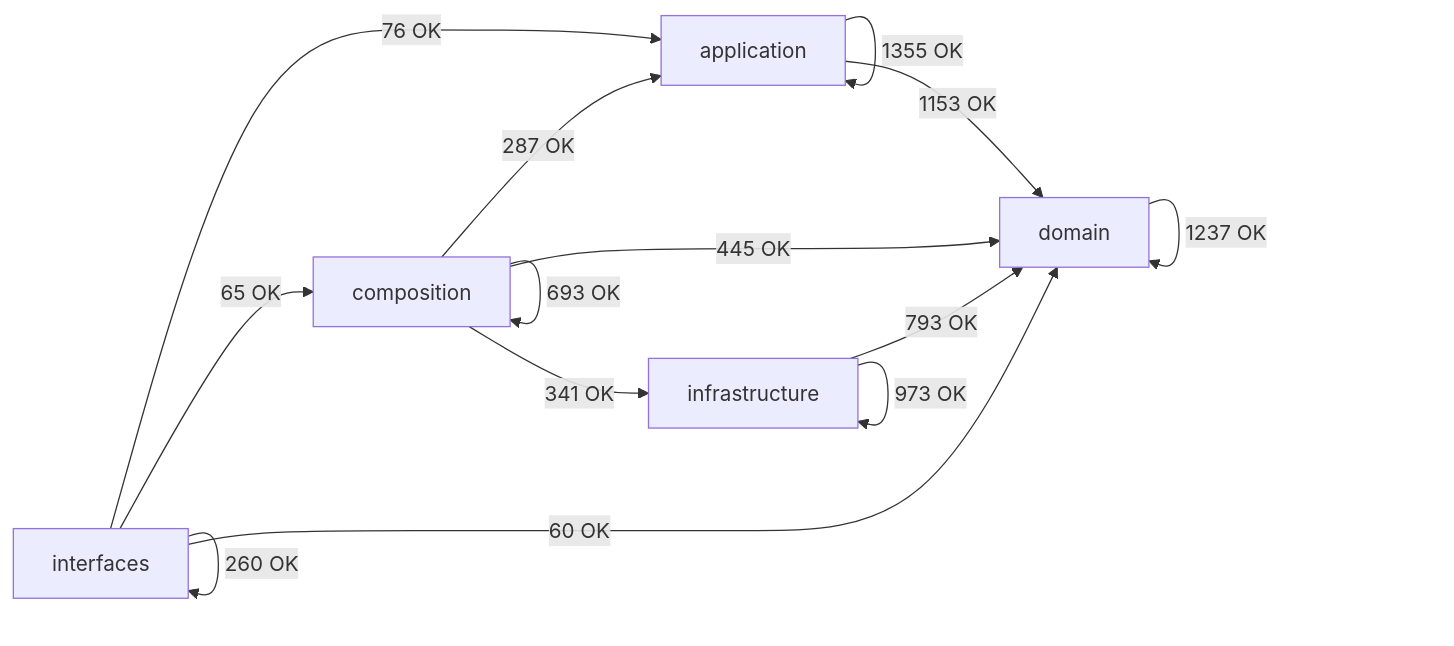
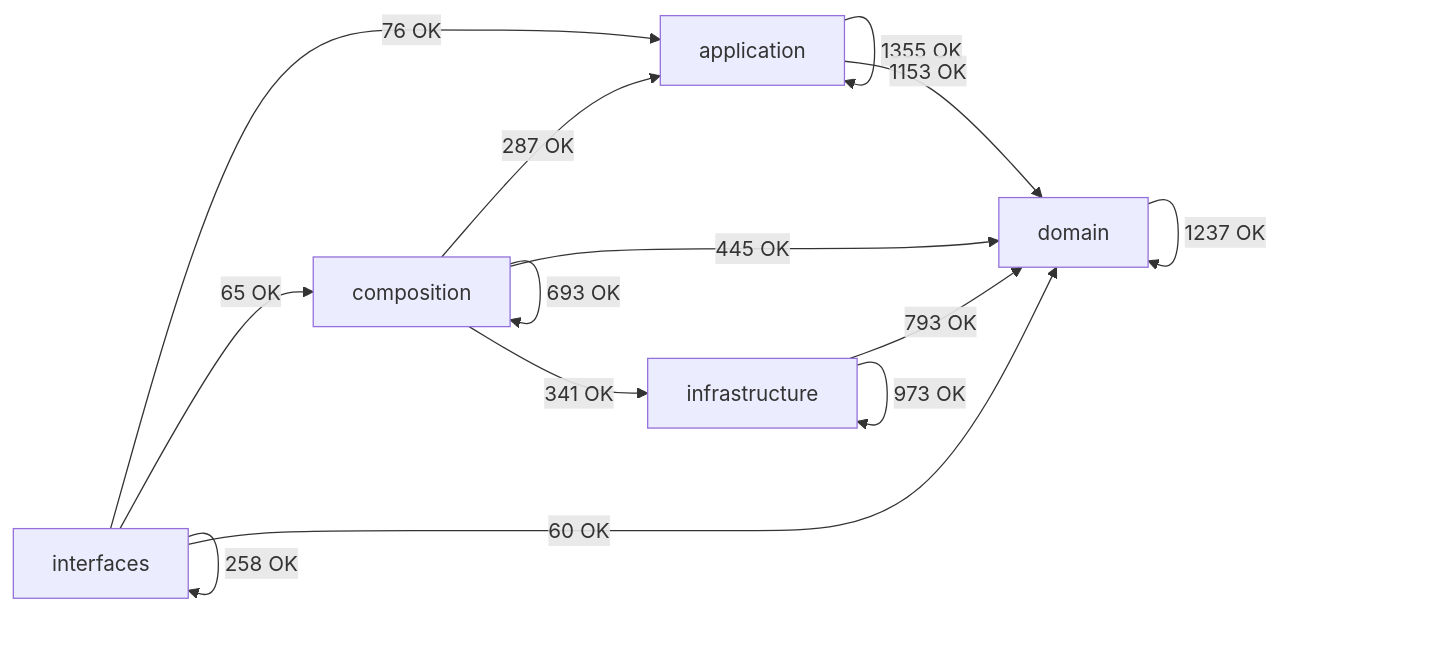
The diagram in docs/02-architecture/generated/module-dependency-map.md (SatoryKono/BioactivityDataAcquisition), drawn with Mermaid before and after one commit. The commit also changed other lines of this file and 2 other files, not shown here.

````diff
--- a/docs/02-architecture/generated/module-dependency-map.md
+++ b/docs/02-architecture/generated/module-dependency-map.md
@@ -17,21 +17,21 @@
 ```mermaid
 flowchart LR
     domain[domain]
     application[application]
     infrastructure[infrastructure]
     composition[composition]
     interfaces[interfaces]
     application -->|1355 OK| application
     application -->|1153 OK| domain
     composition -->|287 OK| application
     composition -->|693 OK| composition
     composition -->|445 OK| domain
     composition -->|341 OK| infrastructure
     domain -->|1237 OK| domain
     infrastructure -->|793 OK| domain
     infrastructure -->|973 OK| infrastructure
     interfaces -->|76 OK| application
     interfaces -->|65 OK| composition
     interfaces -->|60 OK| domain
-    interfaces -->|260 OK| interfaces
+    interfaces -->|258 OK| interfaces
 ```
````
